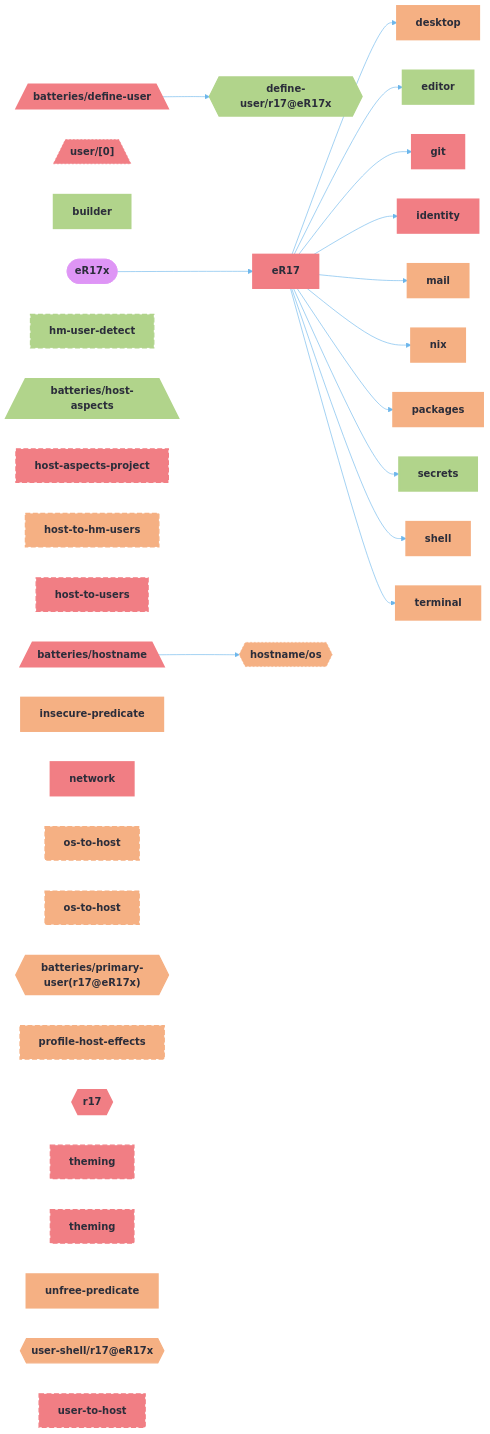
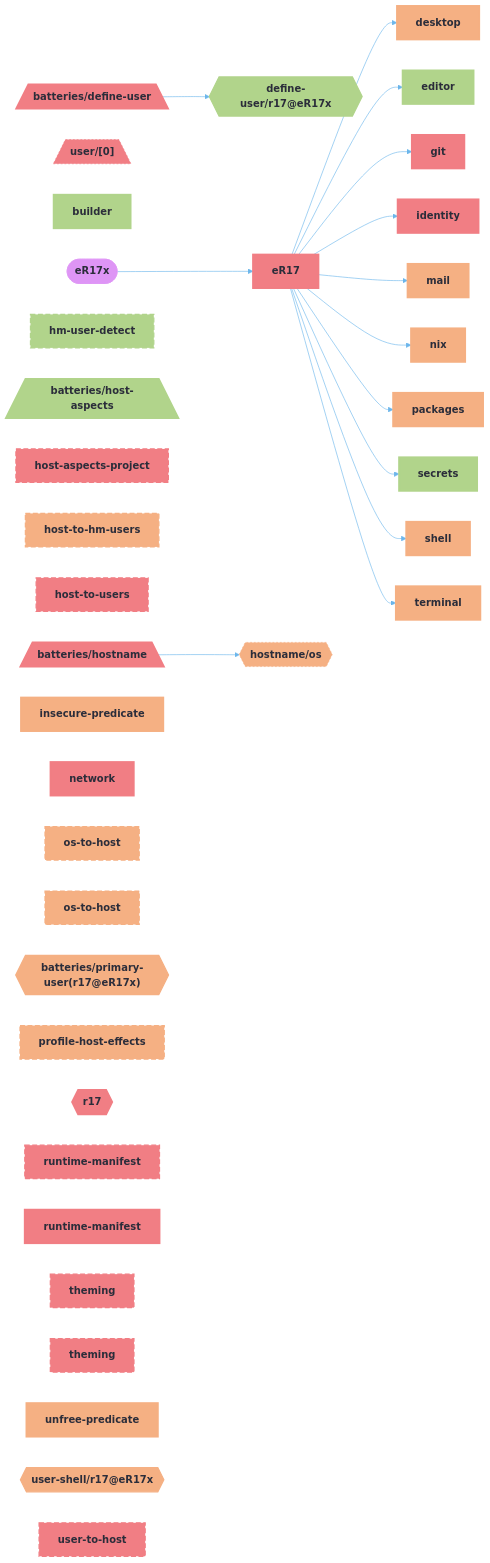
The third of 5 diagrams in README.md (r17x/universe), drawn with Mermaid before and after one commit. The commit also changed other lines of this file and 27 other files, not shown here.

```diff
--- a/README.md
+++ b/README.md
@@ -260,6 +266,8 @@
   den__batteries__primary_user_r17_eR17x_{{"batteries/primary-user(r17@eR17x)"}}:::den__batteries__primary_user_r17_eR17x__c
   profile_host_effects["profile-host-effects"]:::profile_host_effects_c
   r17{{"r17"}}:::r17_c
+  runtime_manifest_user_r17["runtime-manifest"]:::runtime_manifest_user_r17_c
+  runtime_manifest_host_eR17x["runtime-manifest"]:::runtime_manifest_host_eR17x_c
   secrets["secrets"]:::secrets_c
   shell["shell"]:::shell_c
   terminal["terminal"]:::terminal_c
@@ -311,6 +319,8 @@
   classDef den__batteries__primary_user_r17_eR17x__c fill:#F5B083,stroke:#F5B083,color:#2B2D3A,stroke-width:2px
   classDef profile_host_effects_c fill:#F5B083,stroke:#F5B083,color:#2B2D3A,stroke-width:2px,stroke-dasharray: 8 4
   classDef r17_c fill:#F17E84,stroke:#F17E84,color:#2B2D3A,stroke-width:3px
+  classDef runtime_manifest_user_r17_c fill:#F17E84,stroke:#F17E84,color:#2B2D3A,stroke-width:2px,stroke-dasharray: 8 4
+  classDef runtime_manifest_host_eR17x_c fill:#F17E84,stroke:#F17E84,color:#2B2D3A,stroke-width:3px
   classDef secrets_c fill:#B1D48B,stroke:#B1D48B,color:#2B2D3A,stroke-width:3px
   classDef shell_c fill:#F5B083,stroke:#F5B083,color:#2B2D3A,stroke-width:3px
   classDef terminal_c fill:#F5B083,stroke:#F5B083,color:#2B2D3A,stroke-width:3px
```
